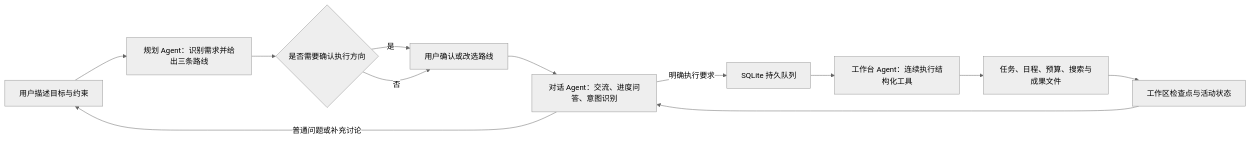
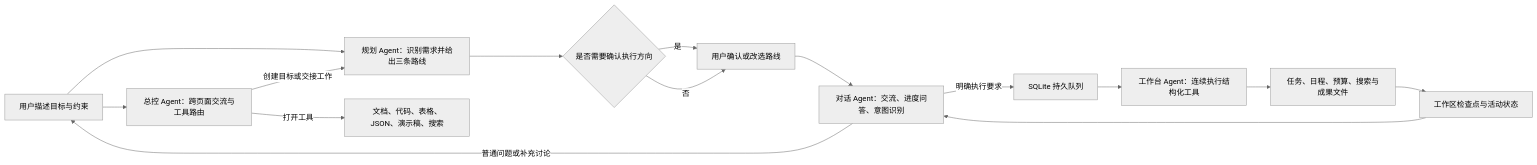
One commit to VHFXxingyun/vhfxnex-agent-workbench changed the first of 2 diagrams in deliverables/VHFXNEX-technical-report-draft.md. Above: the diagram before and after it, drawn with Mermaid (neutral theme). The commit also changed other lines of this file and 56 other files, not shown here.

Commit message:
fix: harden workspace execution and delivery flows

````diff
--- a/deliverables/VHFXNEX-technical-report-draft.md
+++ b/deliverables/VHFXNEX-technical-report-draft.md
@@ -50,14 +51,17 @@
 ```mermaid
 flowchart LR
   U[用户描述目标与约束] --> P[规划 Agent：识别需求并给出三条路线]
   P --> H{是否需要确认执行方向}
   H -->|是| R[用户确认或改选路线]
   H -->|否| R
   R --> C[对话 Agent：交流、进度问答、意图识别]
   C -->|普通问题或补充讨论| U
   C -->|明确执行要求| Q[SQLite 持久队列]
   Q --> W[工作台 Agent：连续执行结构化工具]
   W --> A[任务、日程、预算、搜索与成果文件]
   A --> S[工作区检查点与活动状态]
   S --> C
+  U --> G[总控 Agent：跨页面交流与工具路由]
+  G -->|打开工具| T[文档、代码、表格、JSON、演示稿、搜索]
+  G -->|创建目标或交接工作| P
 ```
````
